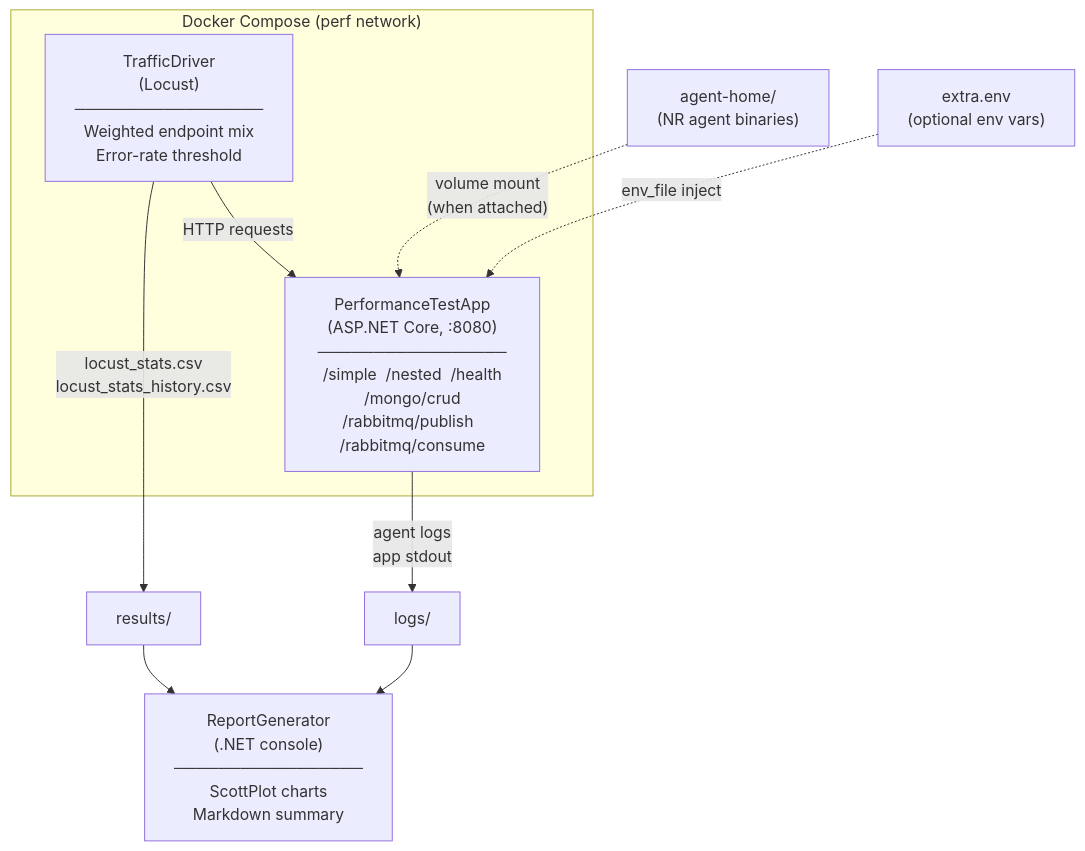
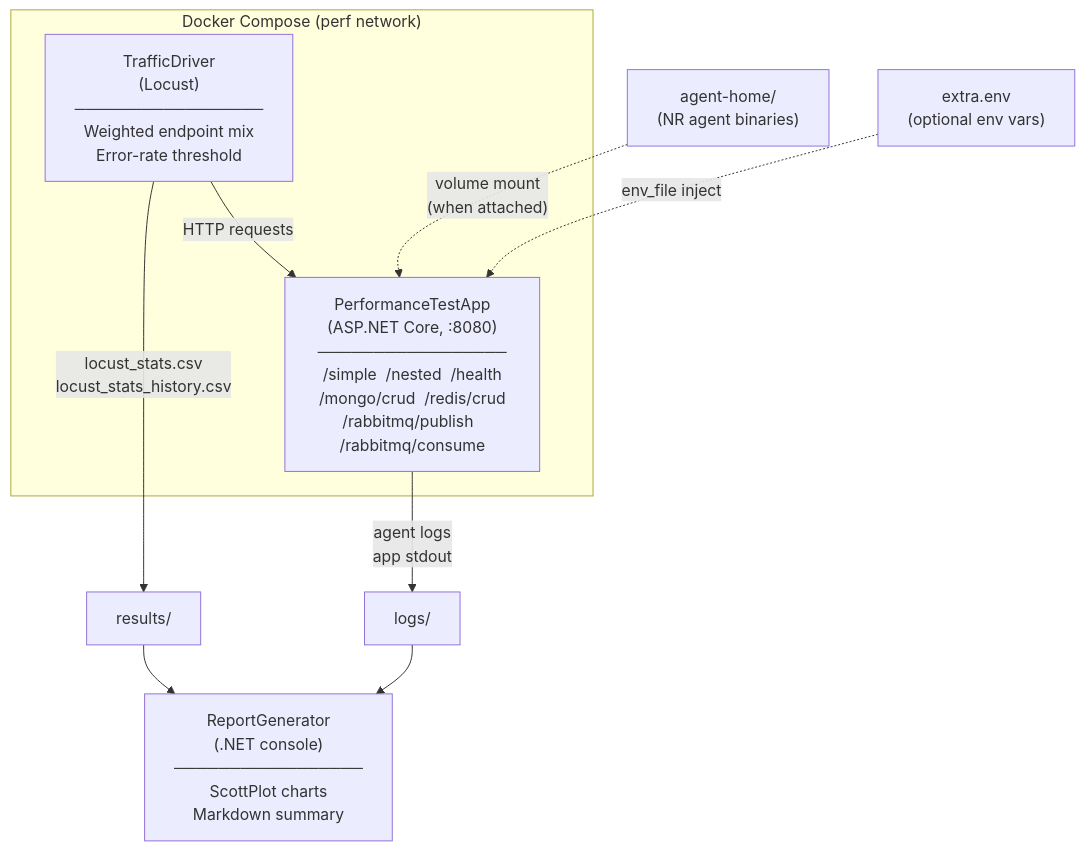
Before and after one commit to newrelic/newrelic-dotnet-agent: the diagram in tests/Agent/PerformanceTests/README.md, drawn with Mermaid. The commit also changed other lines of this file and 5 other files, not shown here.

````diff
--- a/tests/Agent/PerformanceTests/README.md
+++ b/tests/Agent/PerformanceTests/README.md
@@ -9,20 +9,20 @@
 ```mermaid
 flowchart TD
     subgraph Docker["Docker Compose (perf network)"]
-        TA["PerformanceTestApp\n(ASP.NET Core, :8080)\n─────────────────\n/simple  /nested  /health\n/mongo/crud\n/rabbitmq/publish  /rabbitmq/consume"]
+        TA["PerformanceTestApp\n(ASP.NET Core, :8080)\n─────────────────\n/simple  /nested  /health\n/mongo/crud  /redis/crud\n/rabbitmq/publish  /rabbitmq/consume"]
         TD["TrafficDriver\n(Locust)\n─────────────────\nWeighted endpoint mix\nError-rate threshold"]
         TD -- "HTTP requests" --> TA
     end
 
     AH["agent-home/\n(NR agent binaries)"]
     EE["extra.env\n(optional env vars)"]
 
     AH -. "volume mount\n(when attached)" .-> TA
     EE -. "env_file inject" .-> TA
 
     TD -- "locust_stats.csv\nlocust_stats_history.csv" --> RD["results/"]
     TA -- "agent logs\napp stdout" --> LD["logs/"]
 
     RD --> RG["ReportGenerator\n(.NET console)\n─────────────────\nScottPlot charts\nMarkdown summary"]
     LD --> RG
 ```
````
